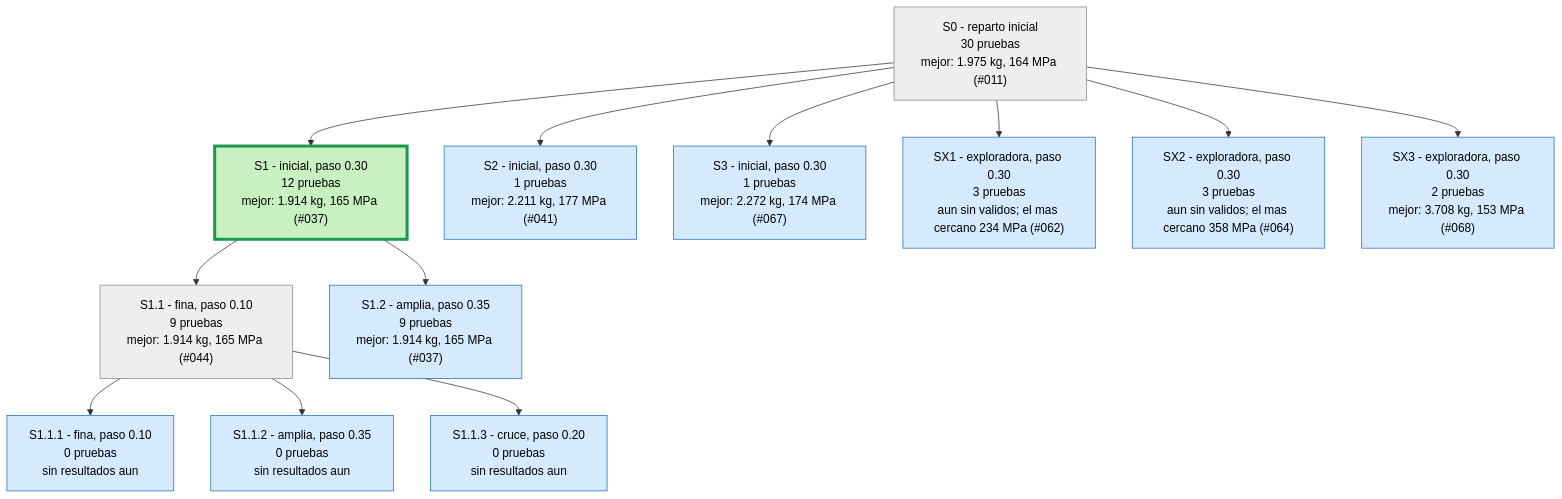
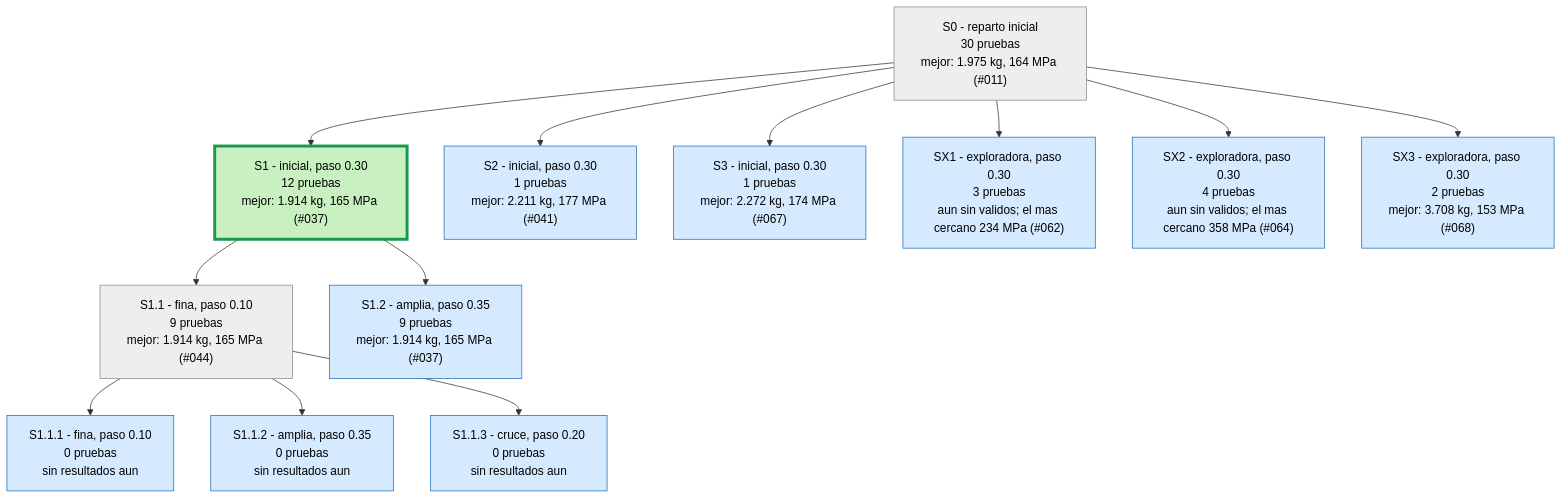
One commit to Hugiko/msd-soporte-optimizacion changed the first of 4 diagrams in runs/opt_37800N/ARBOL.md. Above: the diagram before and after it, drawn with Mermaid. The commit also changed 19 other files, not shown here.

````diff
--- a/runs/opt_37800N/ARBOL.md
+++ b/runs/opt_37800N/ARBOL.md
@@ -9,29 +9,29 @@
 ```mermaid
 graph TD
 classDef activa fill:#d6eaff,stroke:#1f6fb5,color:#000
 classDef fin fill:#eeeeee,stroke:#888,color:#000
 classDef mejor fill:#c8f0c0,stroke:#1a9850,stroke-width:4px,color:#000
 S0["S0 - reparto inicial<br/>30 pruebas<br/>mejor: 1.975 kg, 164 MPa (#011)"]:::fin
 S1["S1 - inicial, paso 0.30<br/>12 pruebas<br/>mejor: 1.914 kg, 165 MPa (#037)"]:::mejor
 S0 --> S1
 S2["S2 - inicial, paso 0.30<br/>1 pruebas<br/>mejor: 2.211 kg, 177 MPa (#041)"]:::activa
 S0 --> S2
 S3["S3 - inicial, paso 0.30<br/>1 pruebas<br/>mejor: 2.272 kg, 174 MPa (#067)"]:::activa
 S0 --> S3
 S1_1["S1.1 - fina, paso 0.10<br/>9 pruebas<br/>mejor: 1.914 kg, 165 MPa (#044)"]:::fin
 S1 --> S1_1
 S1_2["S1.2 - amplia, paso 0.35<br/>9 pruebas<br/>mejor: 1.914 kg, 165 MPa (#037)"]:::activa
 S1 --> S1_2
 S1_1_1["S1.1.1 - fina, paso 0.10<br/>0 pruebas<br/>sin resultados aun"]:::activa
 S1_1 --> S1_1_1
 S1_1_2["S1.1.2 - amplia, paso 0.35<br/>0 pruebas<br/>sin resultados aun"]:::activa
 S1_1 --> S1_1_2
 S1_1_3["S1.1.3 - cruce, paso 0.20<br/>0 pruebas<br/>sin resultados aun"]:::activa
 S1_1 --> S1_1_3
 SX1["SX1 - exploradora, paso 0.30<br/>3 pruebas<br/>aun sin validos; el mas cercano 234 MPa (#062)"]:::activa
 S0 --> SX1
-SX2["SX2 - exploradora, paso 0.30<br/>3 pruebas<br/>aun sin validos; el mas cercano 358 MPa (#064)"]:::activa
+SX2["SX2 - exploradora, paso 0.30<br/>4 pruebas<br/>aun sin validos; el mas cercano 358 MPa (#064)"]:::activa
 S0 --> SX2
 SX3["SX3 - exploradora, paso 0.30<br/>2 pruebas<br/>mejor: 3.708 kg, 153 MPa (#068)"]:::activa
 S0 --> SX3
 ```
````
